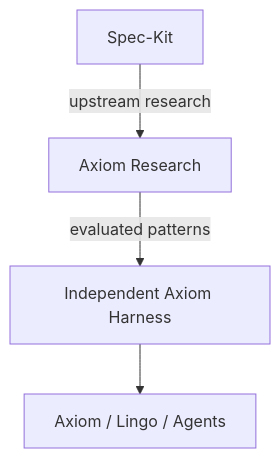
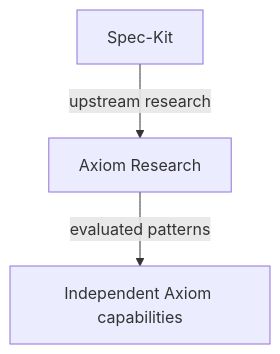
The diagram in docs/decisions/0002-axiom-speckit-relationship.md (rgomids/axiom), drawn with Mermaid before and after one commit. The commit also changed other lines of this file and 14 other files, not shown here.

Commit message:
docs: consolidate Axiom control plane architecture

````diff
--- a/docs/decisions/0002-axiom-speckit-relationship.md
+++ b/docs/decisions/0002-axiom-speckit-relationship.md
@@ -56,6 +56,5 @@
 ```mermaid
 flowchart TB
     SK["Spec-Kit"] -->|upstream research| R["Axiom Research"]
-    R -->|evaluated patterns| H["Independent Axiom Harness"]
-    H --> C["Axiom / Lingo / Agents"]
+    R -->|evaluated patterns| H["Independent Axiom capabilities"]
 ```
````
